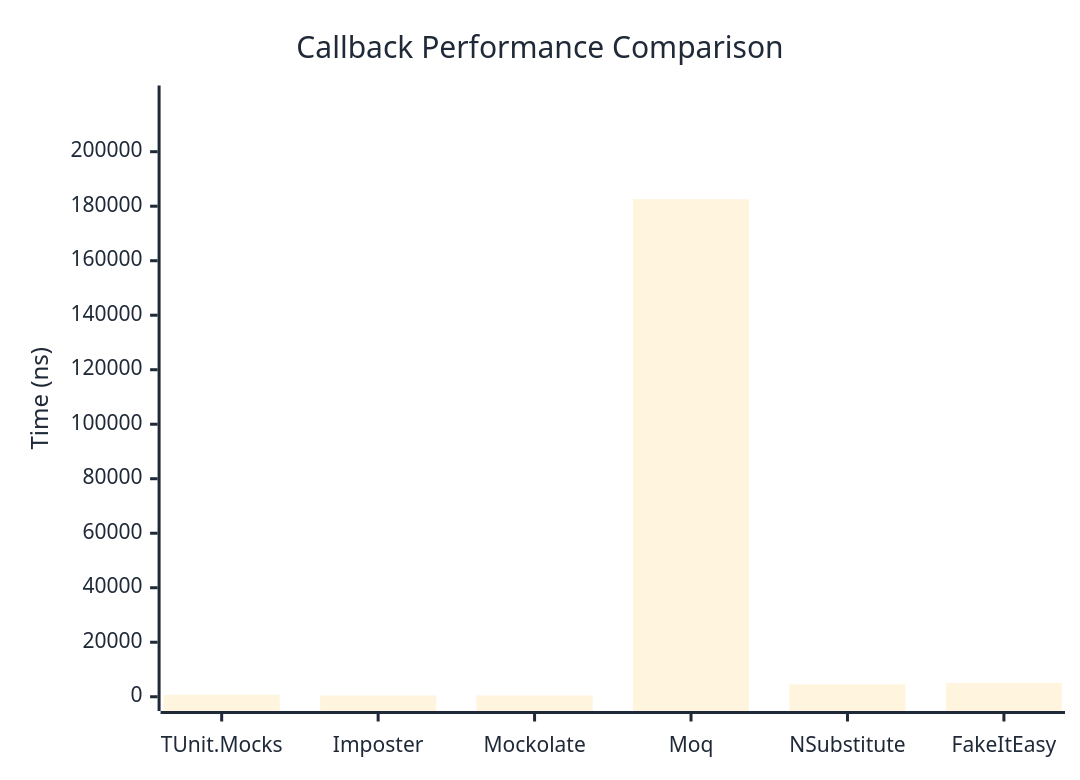
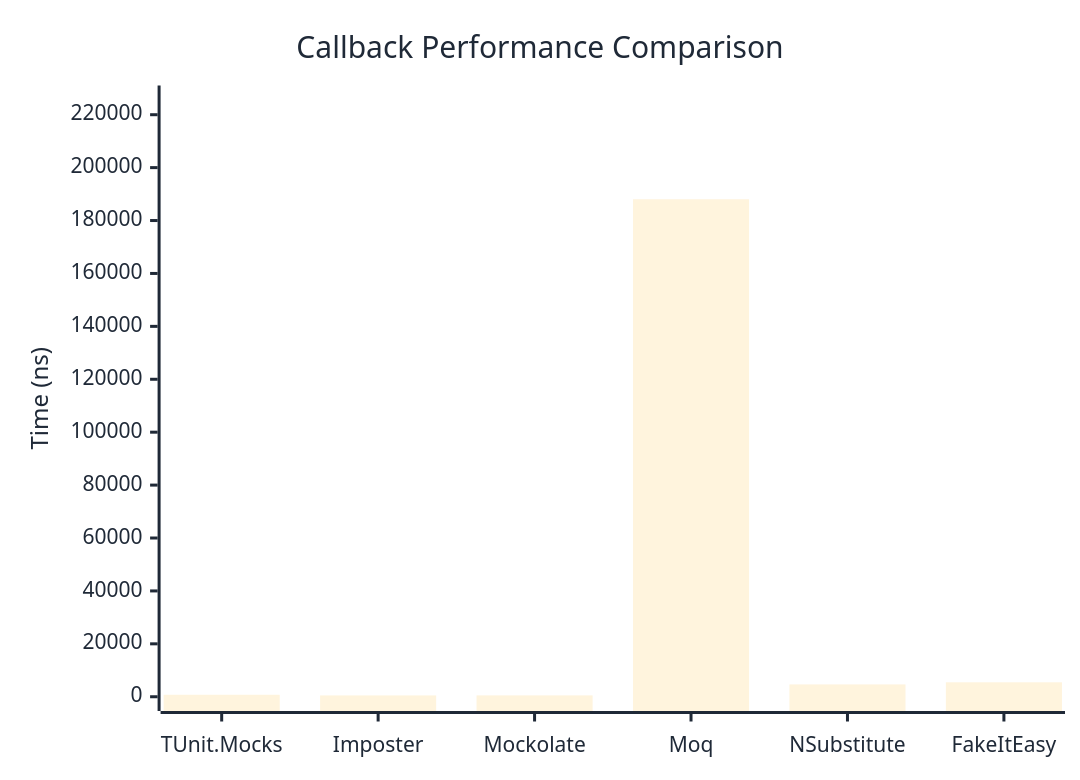
Before and after one commit to thomhurst/TUnit: the first of 2 diagrams in docs/docs/benchmarks/mocks/Callback.md, drawn with Mermaid. The commit also changed other lines of this file and 14 other files, not shown here.

````diff
--- a/docs/docs/benchmarks/mocks/Callback.md
+++ b/docs/docs/benchmarks/mocks/Callback.md
@@ -28,27 +28,27 @@
 ```mermaid
 %%{init: {
   'theme':'base',
   'themeVariables': {
     'primaryColor': '#2563eb',
     'primaryTextColor': '#1f2937',
     'primaryBorderColor': '#1e40af',
     'lineColor': '#6b7280',
     'secondaryColor': '#7c3aed',
     'tertiaryColor': '#dc2626',
     'background': '#ffffff',
     'pie1': '#2563eb',
     'pie2': '#7c3aed',
     'pie3': '#dc2626',
     'pie4': '#f59e0b',
     'pie5': '#10b981',
     'pie6': '#06b6d4',
     'pie7': '#ec4899',
     'pie8': '#6366f1'
   }
 }}%%
 xychart-beta
   title "Callback Performance Comparison"
   x-axis ["TUnit.Mocks", "Imposter", "Mockolate", "Moq", "NSubstitute", "FakeItEasy"]
-  y-axis "Time (ns)" 0 --> 219062
-  bar [719.4, 448.2, 491.8, 182551.5, 4534.1, 5100.9]
+  y-axis "Time (ns)" 0 --> 225654
+  bar [746.7, 500, 517.9, 188044.7, 4661.9, 5463]
 ```
````
